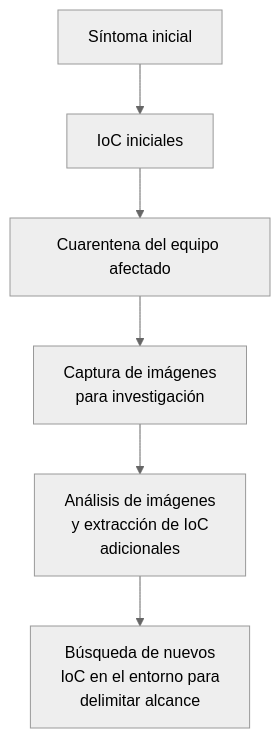
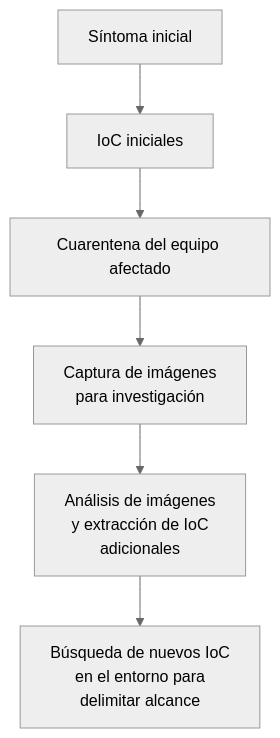
Before and after one commit to revilofe/revilofe.github.io: the second of 2 diagrams in docs/section2/u03/teoria/IS-U3.5.1.-Contencion.md, drawn with Mermaid (neutral theme). The commit also changed other lines of this file, not shown here.

````diff
--- a/docs/section2/u03/teoria/IS-U3.5.1.-Contencion.md
+++ b/docs/section2/u03/teoria/IS-U3.5.1.-Contencion.md
@@ -290,8 +290,8 @@
 ```mermaid
 flowchart TD
-    A[Síntoma inicial] --> B[IoC iniciales]
-    B --> C[Cuarentena del equipo afectado]
-    C --> D[Captura de imágenes\npara investigación]
-    D --> E[Análisis de imágenes\ny extracción de IoC \nadicionales]
-    E --> F[Búsqueda de nuevos\nIoC en el entorno para\ndelimitar alcance]
+    A["Síntoma inicial"] --> B["IoC iniciales"]
+    B --> C["Cuarentena del equipo afectado"]
+    C --> D["Captura de imágenes<br/>para investigación"]
+    D --> E["Análisis de imágenes<br/>y extracción de IoC<br/>adicionales"]
+    E --> F["Búsqueda de nuevos IoC<br/>en el entorno para<br/>delimitar alcance"]
 ```
````
